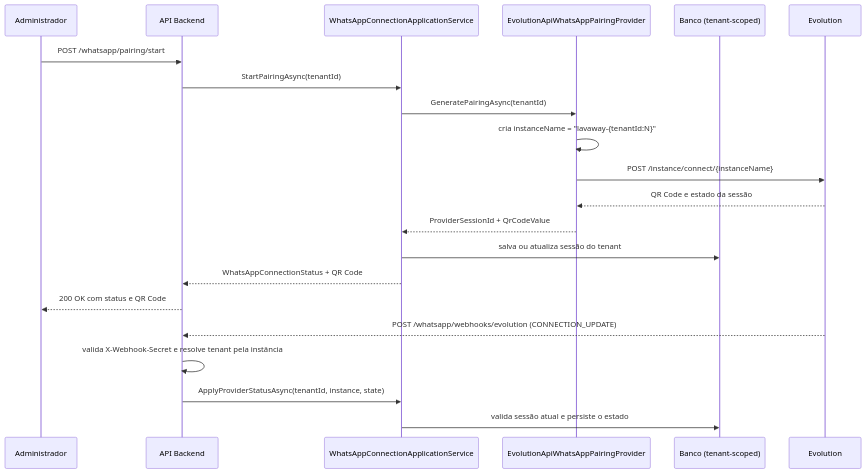
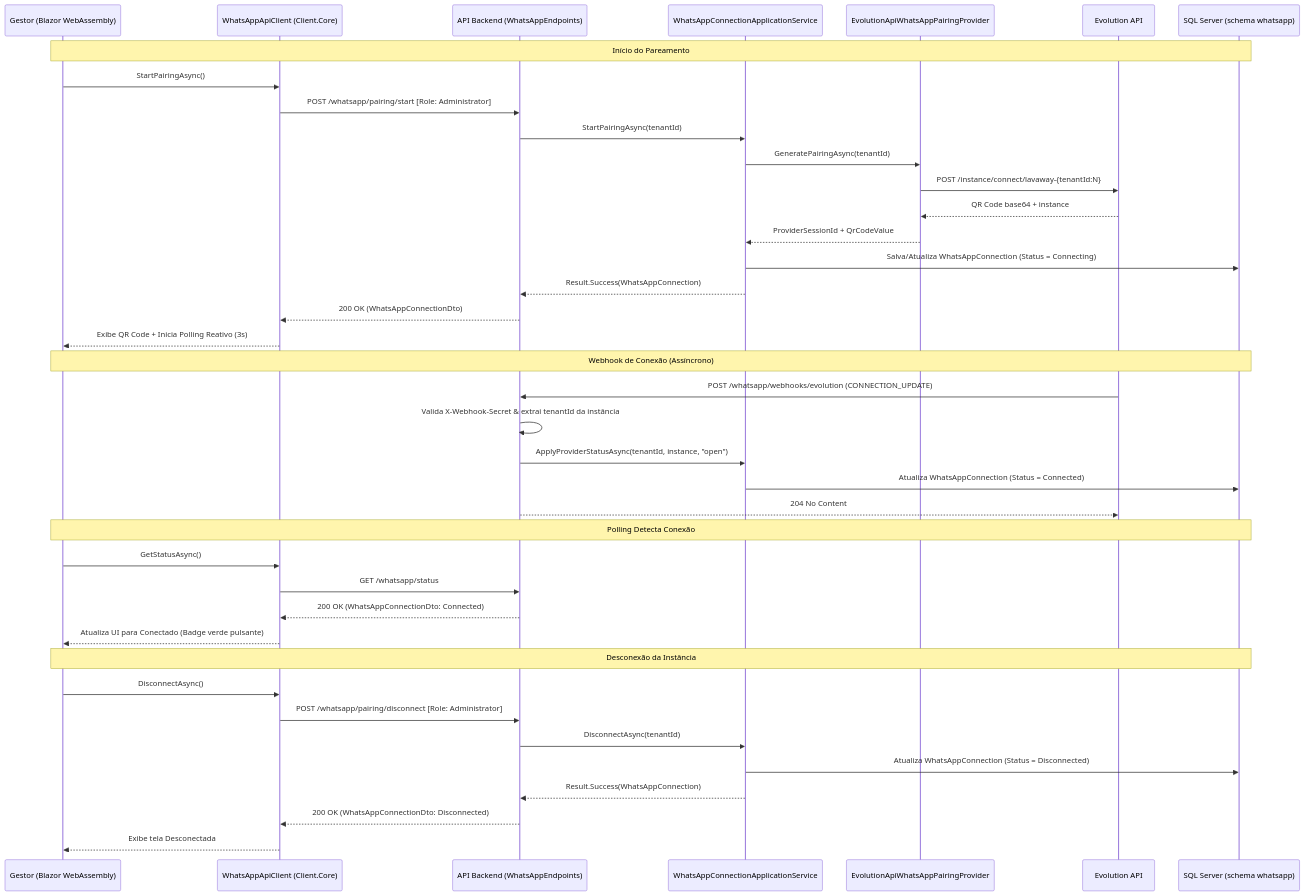
The diagram in docs/living-docs/pareamento-whatsapp-2.5.md (ronaldocestrela/lavaway), drawn with Mermaid before and after one commit. The commit also changed other lines of this file and 14 other files, not shown here.

Commit message:
feat: implement end-to-end WhatsApp pairing feature with frontend client, UI components, and API endpoints

````diff
--- a/docs/living-docs/pareamento-whatsapp-2.5.md
+++ b/docs/living-docs/pareamento-whatsapp-2.5.md
@@ -9,23 +9,45 @@
 ```mermaid
 sequenceDiagram
-    participant Admin as Administrador
-    participant API as API Backend
+    participant Gestor as Gestor (Blazor WebAssembly)
+    participant Client as WhatsAppApiClient (Client.Core)
+    participant API as API Backend (WhatsAppEndpoints)
     participant App as WhatsAppConnectionApplicationService
     participant Provider as EvolutionApiWhatsAppPairingProvider
-    participant Tenant as Banco (tenant-scoped)
+    participant Evolution as Evolution API
+    participant DB as SQL Server (schema whatsapp)
 
-    Admin->>API: POST /whatsapp/pairing/start
+    Note over Gestor,DB: Início do Pareamento
+    Gestor->>Client: StartPairingAsync()
+    Client->>API: POST /whatsapp/pairing/start [Role: Administrator]
     API->>App: StartPairingAsync(tenantId)
     App->>Provider: GeneratePairingAsync(tenantId)
-    Provider->>Provider: cria instanceName = "lavaway-{tenantId:N}"
-    Provider->>Evolution: POST /instance/connect/{instanceName}
-    Evolution-->>Provider: QR Code e estado da sessão
+    Provider->>Evolution: POST /instance/connect/lavaway-{tenantId:N}
+    Evolution-->>Provider: QR Code base64 + instance
     Provider-->>App: ProviderSessionId + QrCodeValue
-    App->>Tenant: salva ou atualiza sessão do tenant
-    App-->>API: WhatsAppConnectionStatus + QR Code
-    API-->>Admin: 200 OK com status e QR Code
-    Evolution-->>API: POST /whatsapp/webhooks/evolution (CONNECTION_UPDATE)
-    API->>API: valida X-Webhook-Secret e resolve tenant pela instância
-    API->>App: ApplyProviderStatusAsync(tenantId, instance, state)
-    App->>Tenant: valida sessão atual e persiste o estado
+    App->>DB: Salva/Atualiza WhatsAppConnection (Status = Connecting)
+    App-->>API: Result.Success(WhatsAppConnection)
+    API-->>Client: 200 OK (WhatsAppConnectionDto)
+    Client-->>Gestor: Exibe QR Code + Inicia Polling Reativo (3s)
+
+    Note over Gestor,DB: Webhook de Conexão (Assíncrono)
+    Evolution->>API: POST /whatsapp/webhooks/evolution (CONNECTION_UPDATE)
+    API->>API: Valida X-Webhook-Secret & extrai tenantId da instância
+    API->>App: ApplyProviderStatusAsync(tenantId, instance, "open")
+    App->>DB: Atualiza WhatsAppConnection (Status = Connected)
+    API-->>Evolution: 204 No Content
+
+    Note over Gestor,DB: Polling Detecta Conexão
+    Gestor->>Client: GetStatusAsync()
+    Client->>API: GET /whatsapp/status
+    API-->>Client: 200 OK (WhatsAppConnectionDto: Connected)
+    Client-->>Gestor: Atualiza UI para Conectado (Badge verde pulsante)
+
+    Note over Gestor,DB: Desconexão da Instância
+    Gestor->>Client: DisconnectAsync()
+    Client->>API: POST /whatsapp/pairing/disconnect [Role: Administrator]
+    API->>App: DisconnectAsync(tenantId)
+    App->>DB: Atualiza WhatsAppConnection (Status = Disconnected)
+    App-->>API: Result.Success(WhatsAppConnection)
+    API-->>Client: 200 OK (WhatsAppConnectionDto: Disconnected)
+    Client-->>Gestor: Exibe tela Desconectada
 ```
````
